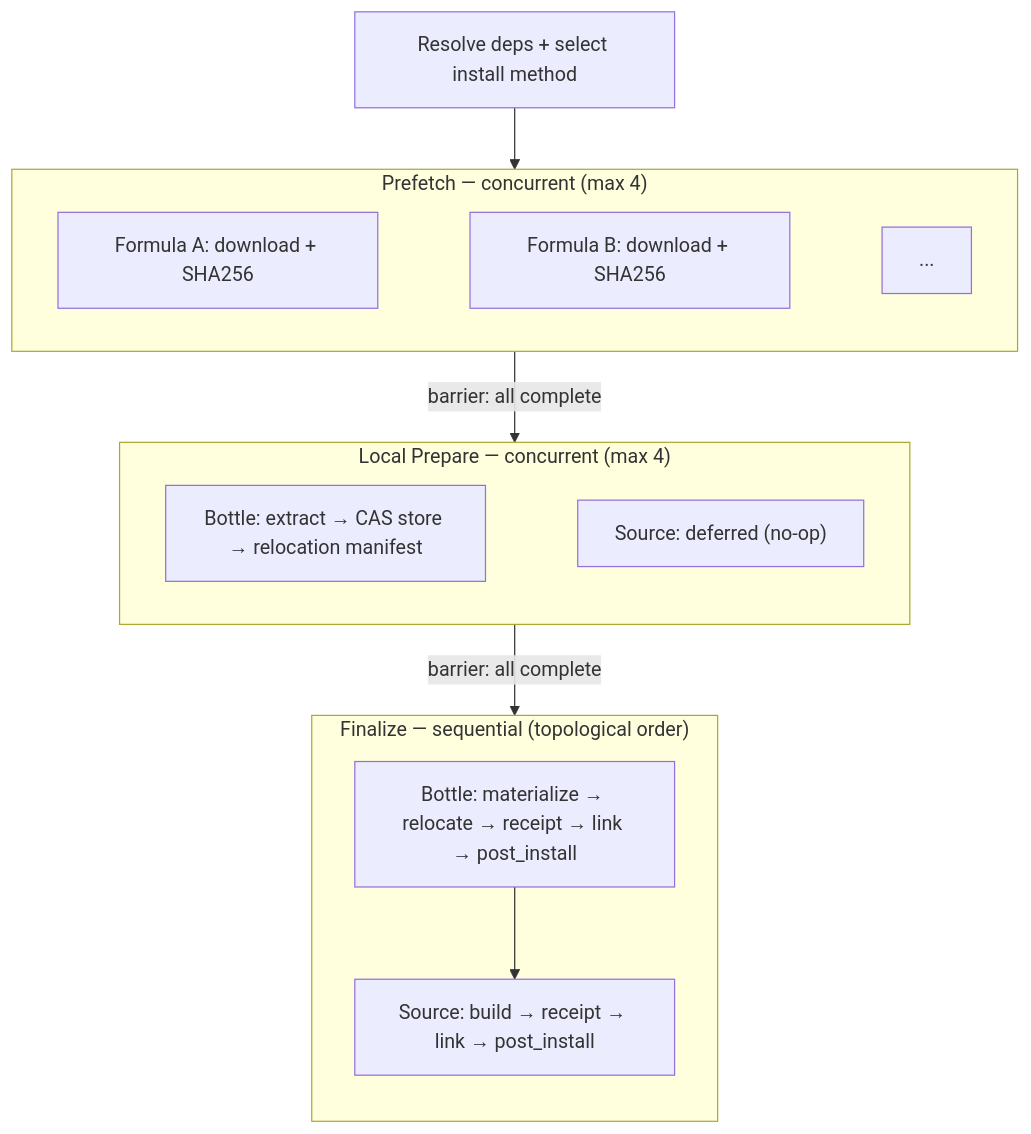
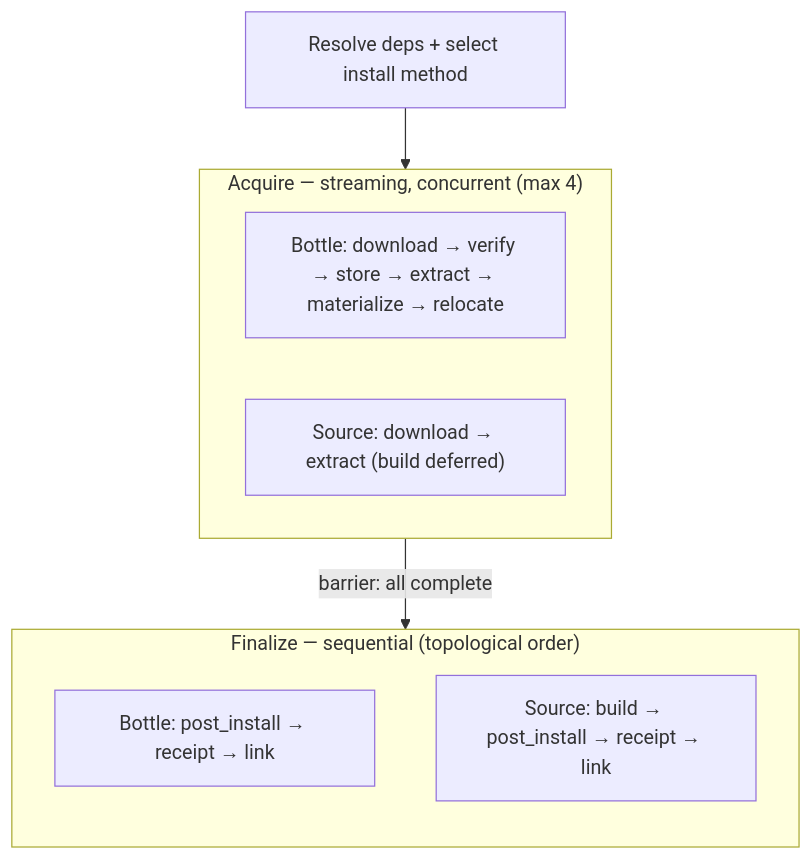
One commit to shuymn/brewdock changed the first of 2 diagrams in docs/architecture.md. Above: the diagram before and after it, drawn with Mermaid. The commit also changed other lines of this file and 2 other files, not shown here.

Commit message:
docs: align guidance with workspace changes

````diff
--- a/docs/architecture.md
+++ b/docs/architecture.md
@@ -46,25 +47,18 @@
 ```mermaid
 flowchart TD
-    R[Resolve deps + select install method] --> PA
+    R[Resolve deps + select install method] --> AQ
 
-    subgraph PA ["Prefetch — concurrent (max 4)"]
+    subgraph AQ ["Acquire — streaming, concurrent (max 4)"]
         direction LR
-        PA1[Formula A: download + SHA256] ~~~ PA2[Formula B: download + SHA256] ~~~ PA3[...]
+        AQ1["Bottle: download → verify → store → extract → materialize → relocate"]
+        AQ2["Source: download → extract (build deferred)"]
     end
 
-    PA -->|barrier: all complete| LP
-
-    subgraph LP ["Local Prepare — concurrent (max 4)"]
-        direction LR
-        LP1["Bottle: extract → CAS store → relocation manifest"] ~~~ LP2["Source: deferred (no-op)"]
-    end
-
-    LP -->|barrier: all complete| FN
+    AQ -->|barrier: all complete| FN
 
     subgraph FN ["Finalize — sequential (topological order)"]
         direction TB
-        FN1["Bottle: materialize → relocate → receipt → link → post_install"]
-        FN2["Source: build → receipt → link → post_install"]
-        FN1 --> FN2
+        FN1["Bottle: post_install → receipt → link"]
+        FN2["Source: build → post_install → receipt → link"]
     end
 ```
````
